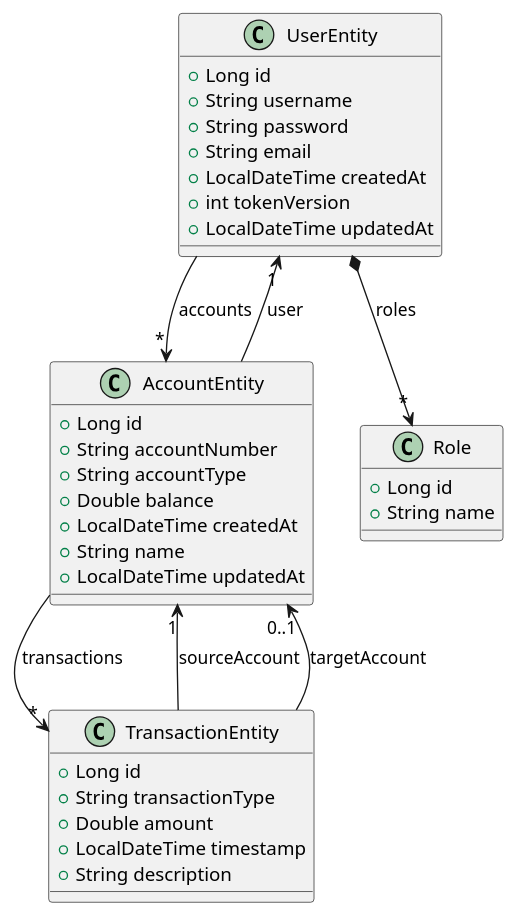
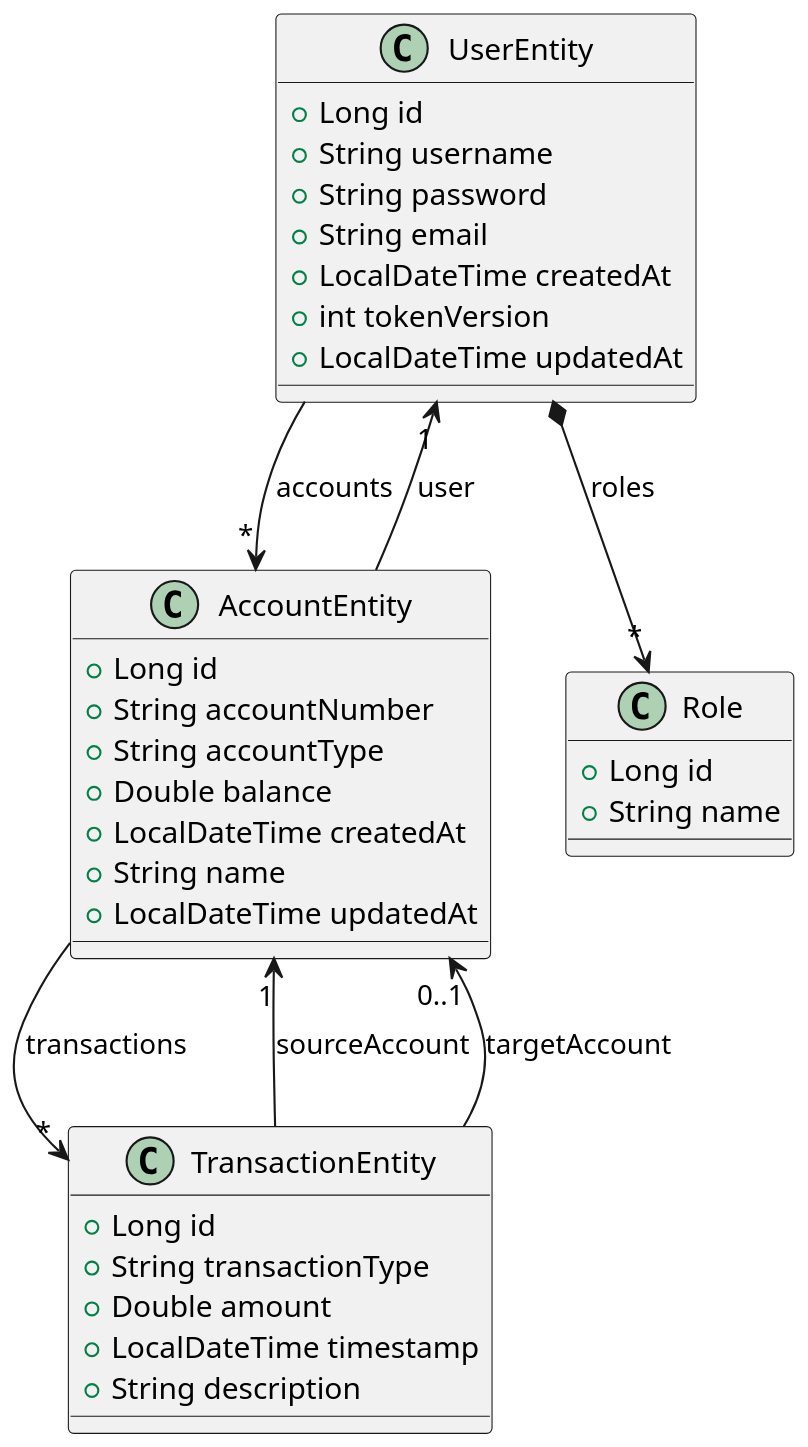
The diagram in transaction-management-system-doc/entities/entities.puml (LuigiSandu/transaction-management-system), drawn with PlantUML before and after one commit. The commit also changed 6 other files, not shown here.

```diff
--- a/transaction-management-system-doc/entities/entities.puml
+++ b/transaction-management-system-doc/entities/entities.puml
@@ -1,44 +1,45 @@
 @startuml
-
+skinparam width 800
+scale 1920*1080
 class UserEntity {
     +Long id
     +String username
     +String password
     +String email
     +LocalDateTime createdAt
     +int tokenVersion
     +LocalDateTime updatedAt
 }
 
 class AccountEntity {
     +Long id
     +String accountNumber
     +String accountType
     +Double balance
     +LocalDateTime createdAt
     +String name
     +LocalDateTime updatedAt
 }
 
 class Role {
     +Long id
     +String name
 }
 
 class TransactionEntity {
     +Long id
     +String transactionType
     +Double amount
     +LocalDateTime timestamp
     +String description
 }
 
 ' Relationships with explicit cardinality
 UserEntity --> "*" AccountEntity : accounts
 AccountEntity --> "1" UserEntity : user
 AccountEntity --> "*" TransactionEntity : transactions
 TransactionEntity --> "1" AccountEntity : sourceAccount
 TransactionEntity --> "0..1" AccountEntity : targetAccount
 UserEntity *--> "*" Role : roles
 
 @enduml
```
